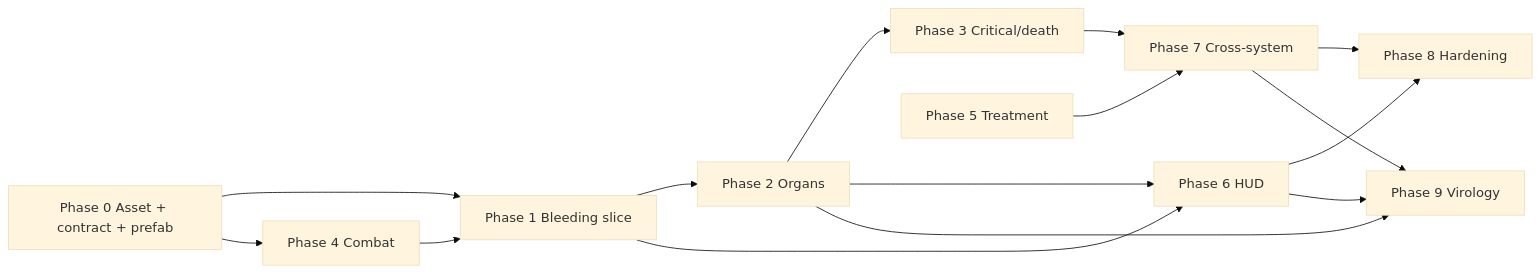
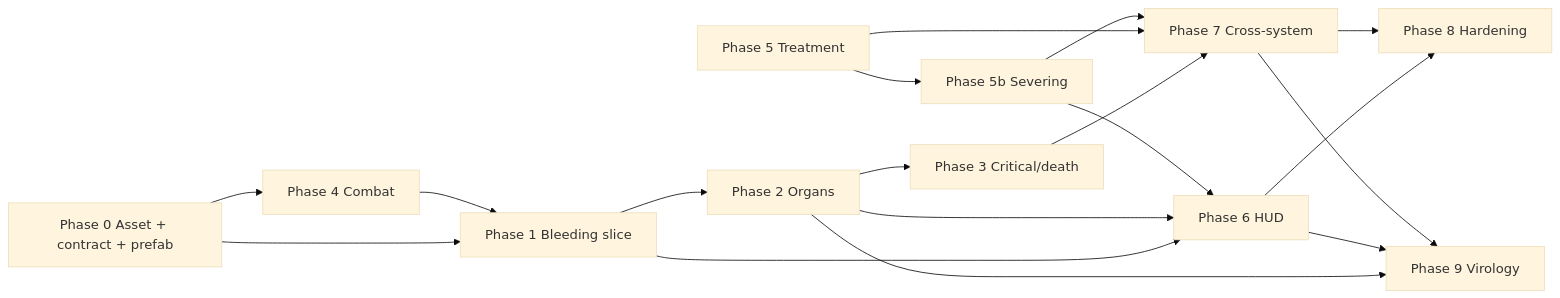
One commit to RE-SS3D/SS3D changed the second of 2 diagrams in Documents/plans/health_implementation_plan.md. Above: the diagram before and after it, drawn with Mermaid (base theme). The commit also changed other lines of this file and 18 other files, not shown here.

First line of the commit message:
Add Phase 5b limb severing with anatomy detach and sharp melee.

````diff
--- a/Documents/plans/health_implementation_plan.md
+++ b/Documents/plans/health_implementation_plan.md
@@ -432,28 +450,32 @@
 ```mermaid
 flowchart LR
     P0[Phase 0 Asset + contract + prefab]
     P1[Phase 1 Bleeding slice]
     P2[Phase 2 Organs]
     P3[Phase 3 Critical/death]
     P4[Phase 4 Combat]
     P5[Phase 5 Treatment]
+    P5b[Phase 5b Severing]
     P6[Phase 6 HUD]
     P7[Phase 7 Cross-system]
     P8[Phase 8 Hardening]
     P9[Phase 9 Virology]
 
     P0 --> P1
     P1 --> P2
     P2 --> P3
     P0 --> P4
     P4 --> P1
     P1 --> P6
     P2 --> P6
     P3 --> P7
+    P5 --> P5b
+    P5b --> P6
     P5 --> P7
+    P5b --> P7
     P6 --> P8
     P7 --> P8
     P2 --> P9
     P6 --> P9
     P7 --> P9
 ```
````
